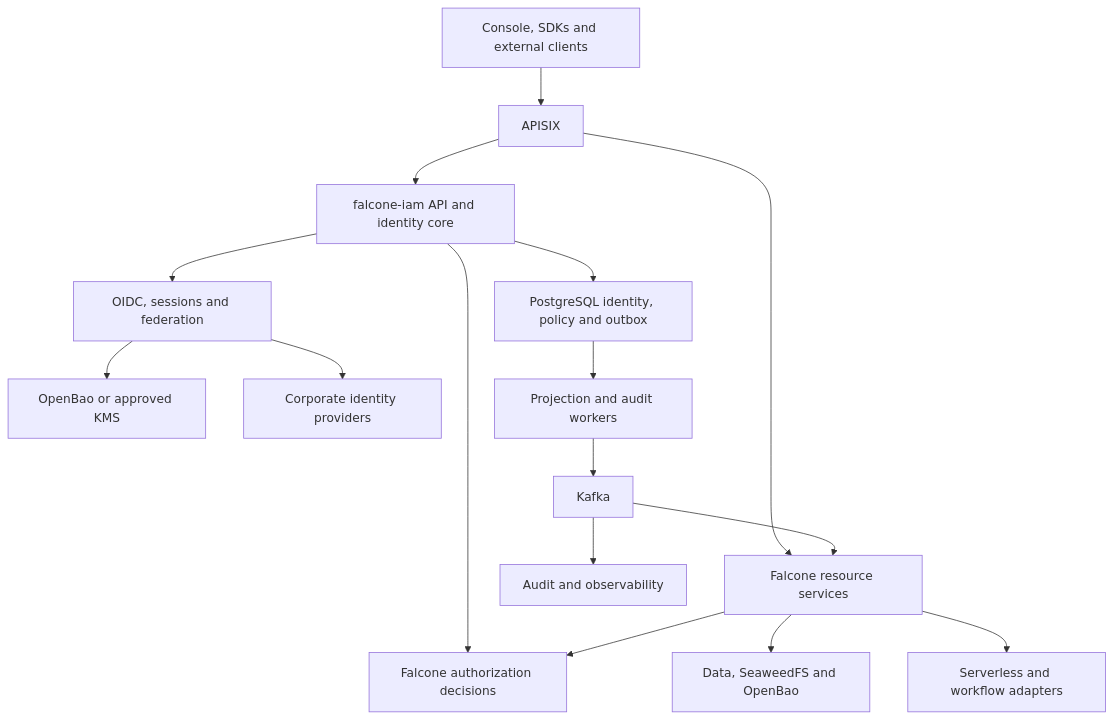
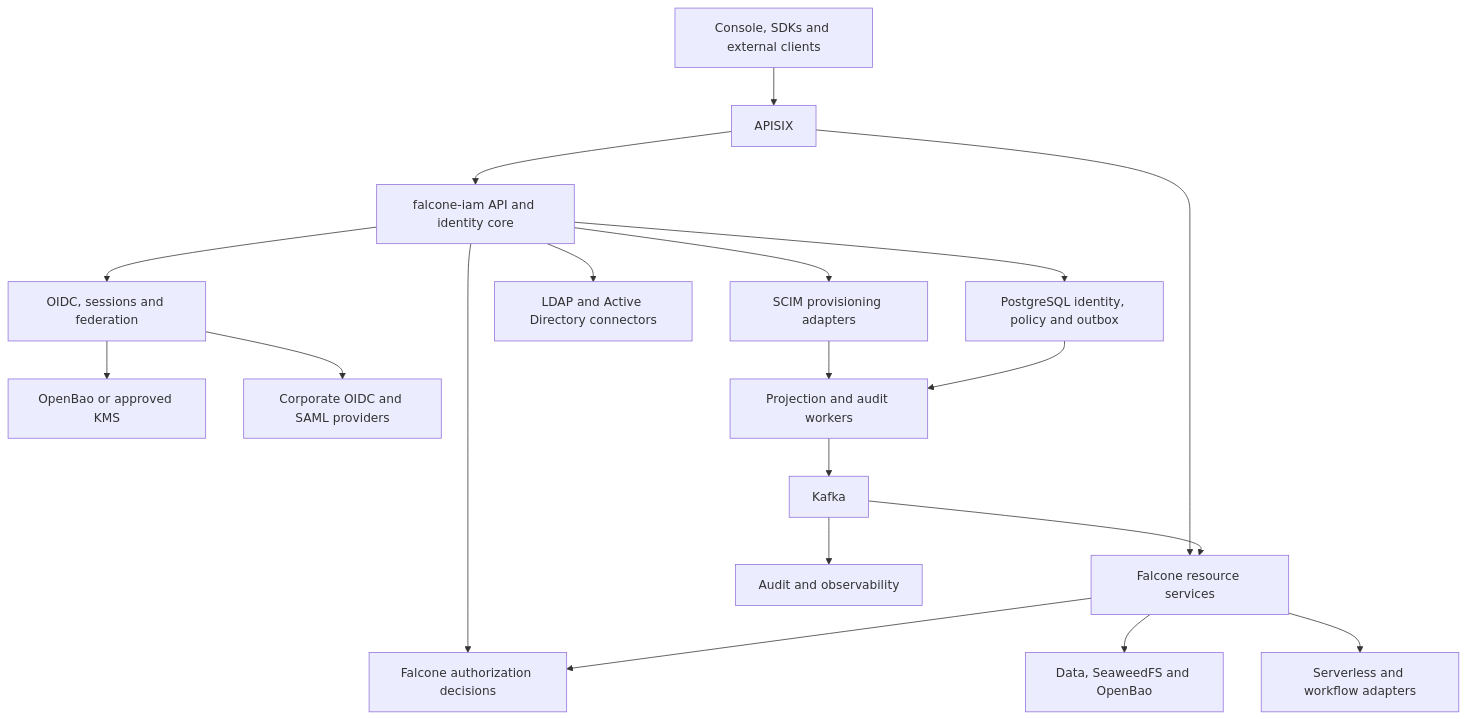
Before and after one commit to gntik-ai/falcone-iam: the first of 2 diagrams in docs/architecture.md, drawn with Mermaid. The commit also changed other lines of this file and 18 other files, not shown here.

Commit message:
docs: require SAML, OIDC, LDAP/AD and SCIM with implementation and migration gates

````diff
--- a/docs/architecture.md
+++ b/docs/architecture.md
@@ -9,18 +11,21 @@
 ```mermaid
 flowchart TD
     C["Console, SDKs and external clients"] --> G["APISIX"]
     G --> I["falcone-iam API and identity core"]
     I --> P["OIDC, sessions and federation"]
     I --> A["Falcone authorization decisions"]
     I --> DB["PostgreSQL identity, policy and outbox"]
     P --> K["OpenBao or approved KMS"]
-    P --> F["Corporate identity providers"]
+    P --> F["Corporate OIDC and SAML providers"]
+    I --> L["LDAP and Active Directory connectors"]
+    I --> Q["SCIM provisioning adapters"]
+    Q --> W
     DB --> W["Projection and audit workers"]
     W --> E["Kafka"]
     G --> S["Falcone resource services"]
     S --> A
     E --> S
     S --> D["Data, SeaweedFS and OpenBao"]
     S --> X["Serverless and workflow adapters"]
     E --> O["Audit and observability"]
 ```
````
